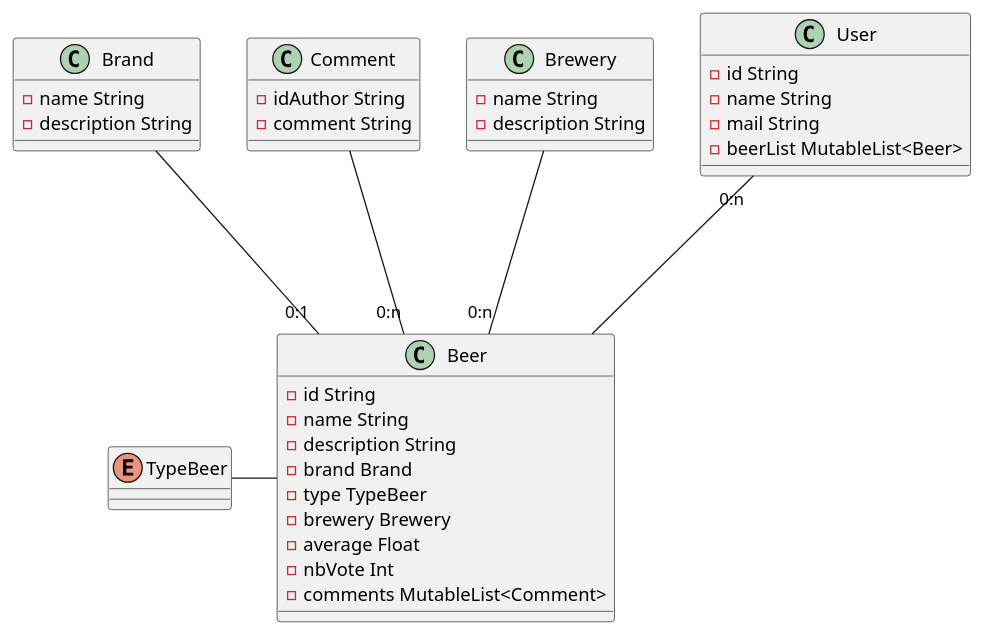
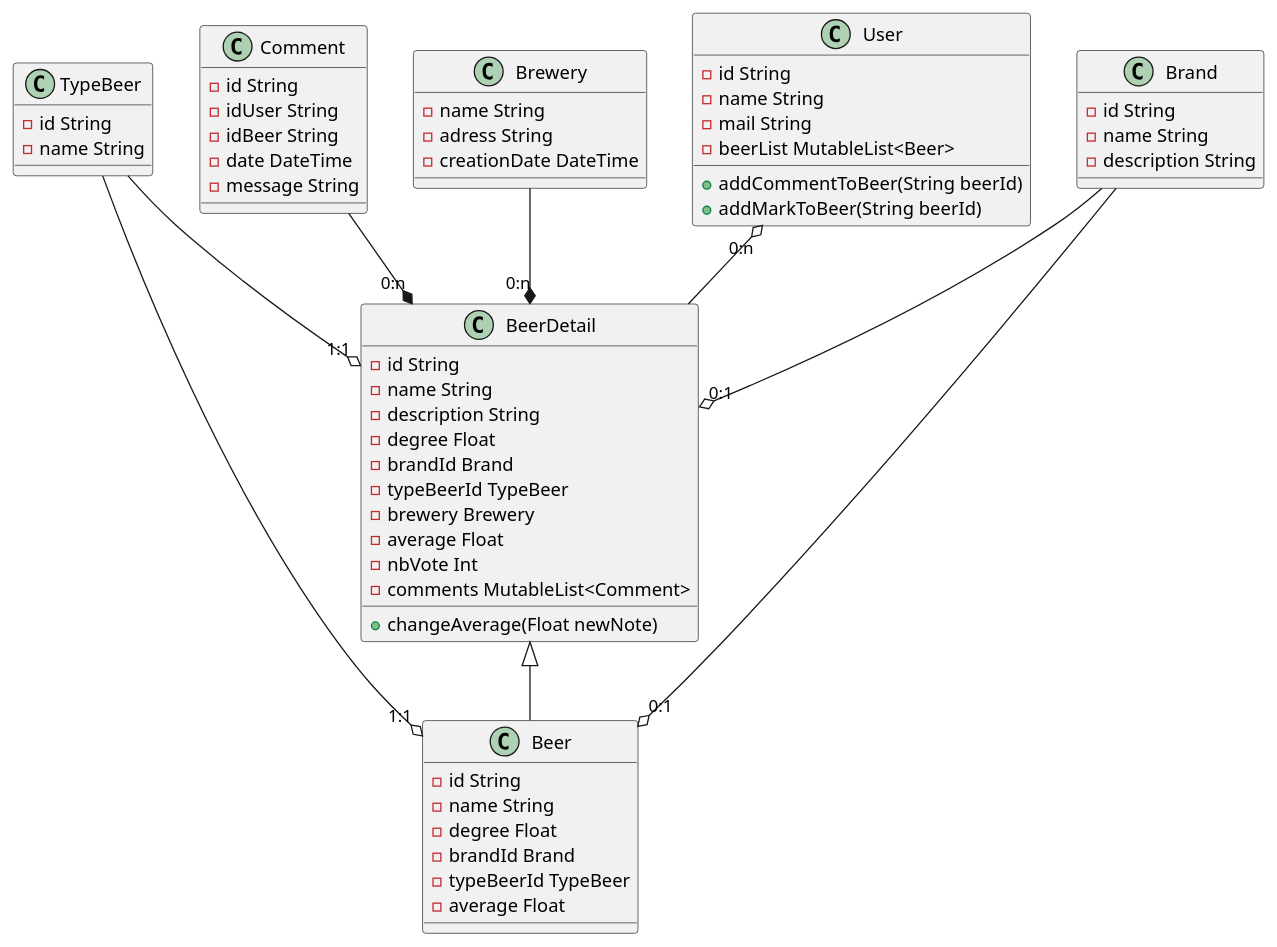
Before and after one commit to TheNoobProgrammeur/birudroid: the diagram in doc/spec/models/uml/models-class.puml, drawn with PlantUML. The commit also changed 20 other files, not shown here.

```diff
--- a/doc/spec/models/uml/models-class.puml
+++ b/doc/spec/models/uml/models-class.puml
@@ -1,44 +1,72 @@
 @startuml Schema Objet
+
+class BeerDetail{
+    - id String
+    - name String
+    - description String
+    - degree Float
+    - brandId Brand
+    - typeBeerId TypeBeer
+    - brewery Brewery
+    - average Float
+    - nbVote Int
+    - comments MutableList<Comment>
+    + changeAverage(Float newNote)
+}
 
 class Beer{
     - id String
     - name String
-    - description String
-    - brand Brand
-    - type TypeBeer
-    - brewery Brewery
+    - degree Float
+    - brandId Brand
+    - typeBeerId TypeBeer
     - average Float
-    - nbVote Int
-    - comments MutableList<Comment>
 }
 
-enum TypeBeer
 
-class Brand{
+class TypeBeer{
+    - id String
+    - name String
+}
+
+class Brand {
+    - id String
     - name String
     - description String
 }
-class Comment{
-    - idAuthor String
-    - comment String
+
+class Comment {
+    - id String
+    - idUser String
+    - idBeer String
+    - date DateTime
+    - message String
 }
 
-class Brewery{
+class Brewery {
     - name String
-    - description String
-} 
+    - adress String
+    - creationDate DateTime
+}
 
 class User {
     - id String
     - name String
     - mail String
     - beerList MutableList<Beer>
+    + addCommentToBeer(String beerId)
+    + addMarkToBeer(String beerId)
 }
 
-TypeBeer - Beer
-Brand --- "0:1" Beer
-Brewery --- "0:n" Beer
-Comment --- "0:n" Beer
-User "0:n" --- Beer
+BeerDetail <|-- Beer
+
+TypeBeer --o "1:1" BeerDetail
+Brand --o "0:1" BeerDetail
+Brewery --* "0:n" BeerDetail
+Comment --* "0:n" BeerDetail
+User "0:n" o-- BeerDetail
+
+TypeBeer --o "1:1" Beer
+Brand --o "0:1" Beer
 
 @enduml
```
